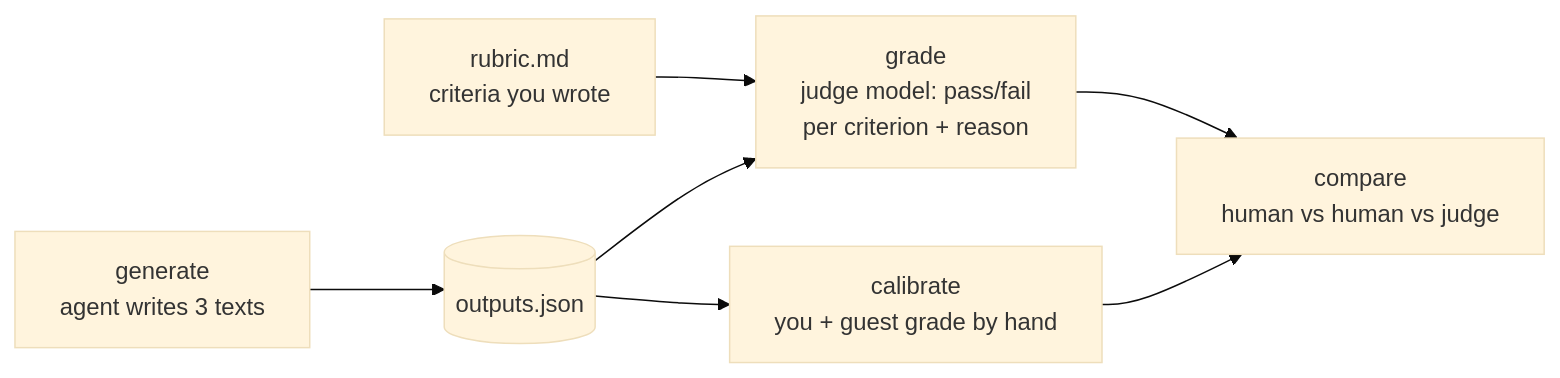
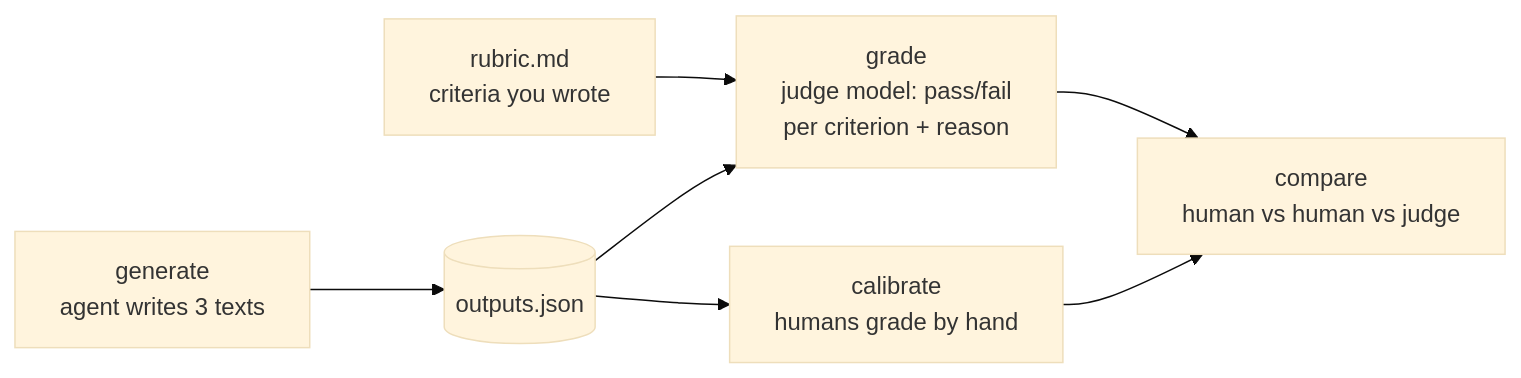
Before and after one commit to MarinaWyss/agent-game: the diagram in level4_judge/README.md, drawn with Mermaid (base theme). The commit also changed other lines of this file and 15 other files, not shown here.

````diff
--- a/level4_judge/README.md
+++ b/level4_judge/README.md
@@ -9,9 +9,9 @@
 ```mermaid
 flowchart LR
     G["generate<br/>agent writes 3 texts"] --> O[(outputs.json)]
     R["rubric.md<br/>criteria you wrote"] --> J
     O --> J["grade<br/>judge model: pass/fail<br/>per criterion + reason"]
-    O --> H["calibrate<br/>you + guest grade by hand"]
+    O --> H["calibrate<br/>humans grade by hand"]
     J --> C["compare<br/>human vs human vs judge"]
     H --> C
 ```
````
